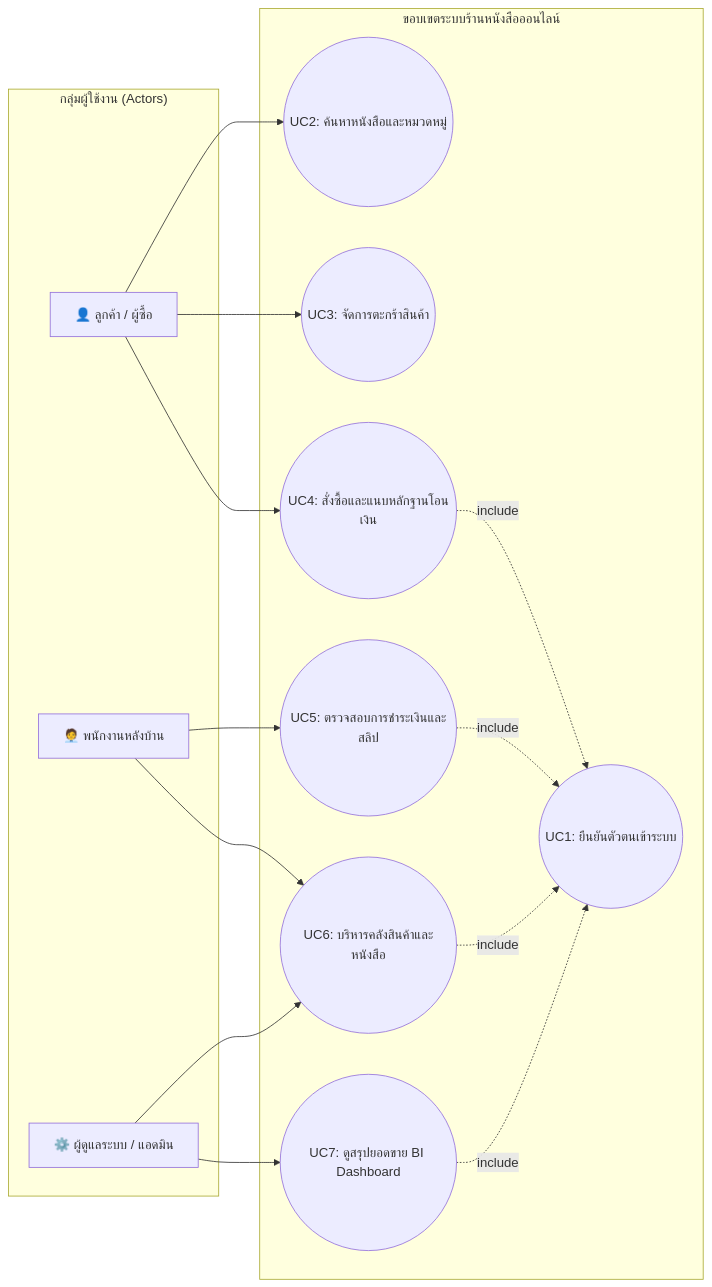
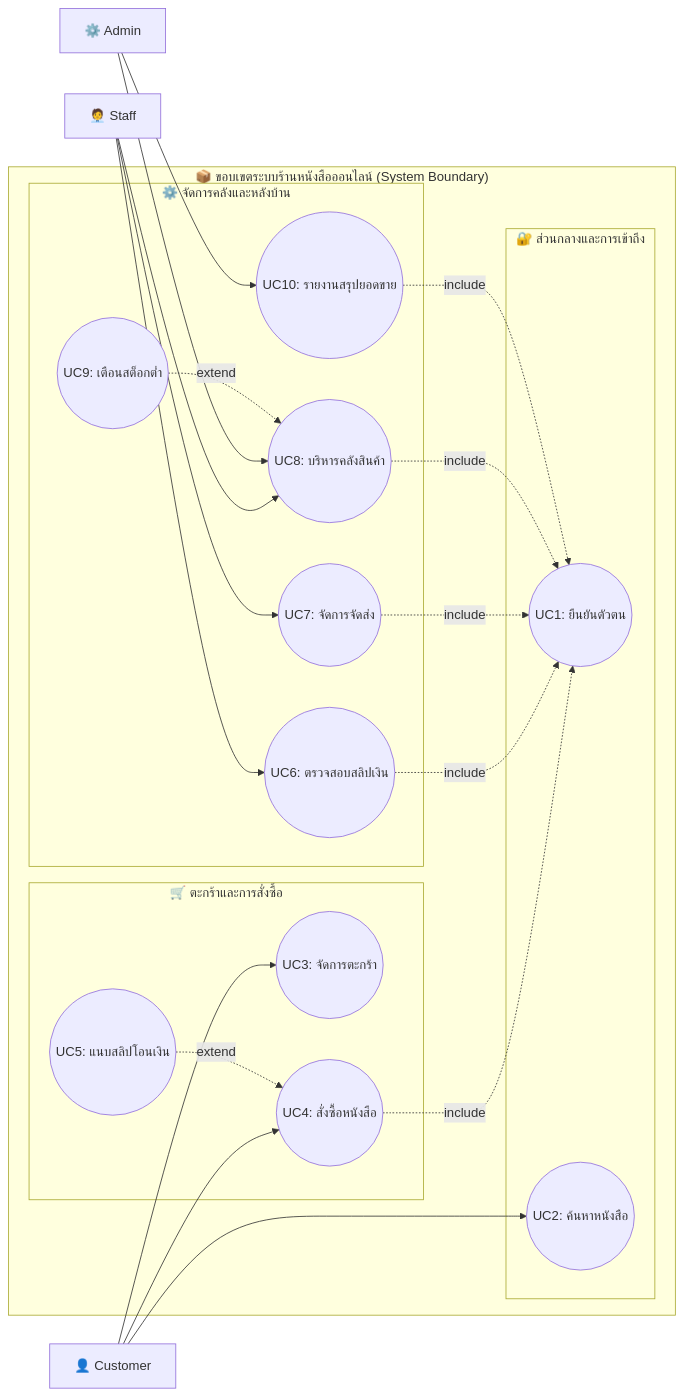
Before and after one commit to SupvichSpuGM/online-bookstore: the first of 3 diagrams in workshop4.md, drawn with Mermaid. The commit also changed other lines of this file, not shown here.

````diff
--- a/workshop4.md
+++ b/workshop4.md
@@ -45,31 +45,42 @@
 ```mermaid
 graph LR
-    subgraph Actors ["กลุ่มผู้ใช้งาน (Actors)"]
-        Customer["👤 ลูกค้า / ผู้ซื้อ"]
-        Staff["🧑‍💼 พนักงานหลังบ้าน"]
-        Admin["⚙️ ผู้ดูแลระบบ / แอดมิน"]
-    end
+    Customer["👤 Customer"]
+    Staff["🧑‍💼 Staff"]
+    Admin["⚙️ Admin"]
 
-    subgraph Boundary ["ขอบเขตระบบร้านหนังสือออนไลน์"]
-        UC_Auth((UC1: ยืนยันตัวตนเข้าระบบ))
-        UC_Search((UC2: ค้นหาหนังสือและหมวดหมู่))
-        UC_Cart((UC3: จัดการตะกร้าสินค้า))
-        UC_Checkout((UC4: สั่งซื้อและแนบหลักฐานโอนเงิน))
-        UC_Verify((UC5: ตรวจสอบการชำระเงินและสลิป))
-        UC_Stock((UC6: บริหารคลังสินค้าและหนังสือ))
-        UC_Report((UC7: ดูสรุปยอดขาย BI Dashboard))
-
-        UC_Checkout -.->|include| UC_Auth
-        UC_Verify -.->|include| UC_Auth
-        UC_Stock -.->|include| UC_Auth
-        UC_Report -.->|include| UC_Auth
+    subgraph System ["📦 ขอบเขตระบบร้านหนังสือออนไลน์ (System Boundary)"]
+        subgraph G1 ["🔐 ส่วนกลางและการเข้าถึง"]
+            UC_Auth((UC1: ยืนยันตัวตน))
+            UC_Search((UC2: ค้นหาหนังสือ))
+        end
+        subgraph G2 ["🛒 ตะกร้าและการสั่งซื้อ"]
+            UC_Cart((UC3: จัดการตะกร้า))
+            UC_Checkout((UC4: สั่งซื้อหนังสือ))
+            UC_UploadSlip((UC5: แนบสลิปโอนเงิน))
+        end
+        subgraph G3 ["⚙️ จัดการคลังและหลังบ้าน"]
+            UC_VerifySlip((UC6: ตรวจสอบสลิปเงิน))
+            UC_ShipOrder((UC7: จัดการจัดส่ง))
+            UC_ManageCatalog((UC8: บริหารคลังสินค้า))
+            UC_StockAlert((UC9: เตือนสต็อกต่ำ))
+            UC_Dashboard((UC10: รายงานสรุปยอดขาย))
+        end
     end
 
     Customer --> UC_Search
     Customer --> UC_Cart
     Customer --> UC_Checkout
-    Staff --> UC_Verify
-    Staff --> UC_Stock
-    Admin --> UC_Stock
-    Admin --> UC_Report
+    Staff --> UC_VerifySlip
+    Staff --> UC_ShipOrder
+    Staff --> UC_ManageCatalog
+    Admin --> UC_ManageCatalog
+    Admin --> UC_Dashboard
+
+    UC_Checkout -.->|include| UC_Auth
+    UC_VerifySlip -.->|include| UC_Auth
+    UC_ShipOrder -.->|include| UC_Auth
+    UC_ManageCatalog -.->|include| UC_Auth
+    UC_Dashboard -.->|include| UC_Auth
+    UC_UploadSlip -.->|extend| UC_Checkout
+    UC_StockAlert -.->|extend| UC_ManageCatalog
 ```
````
